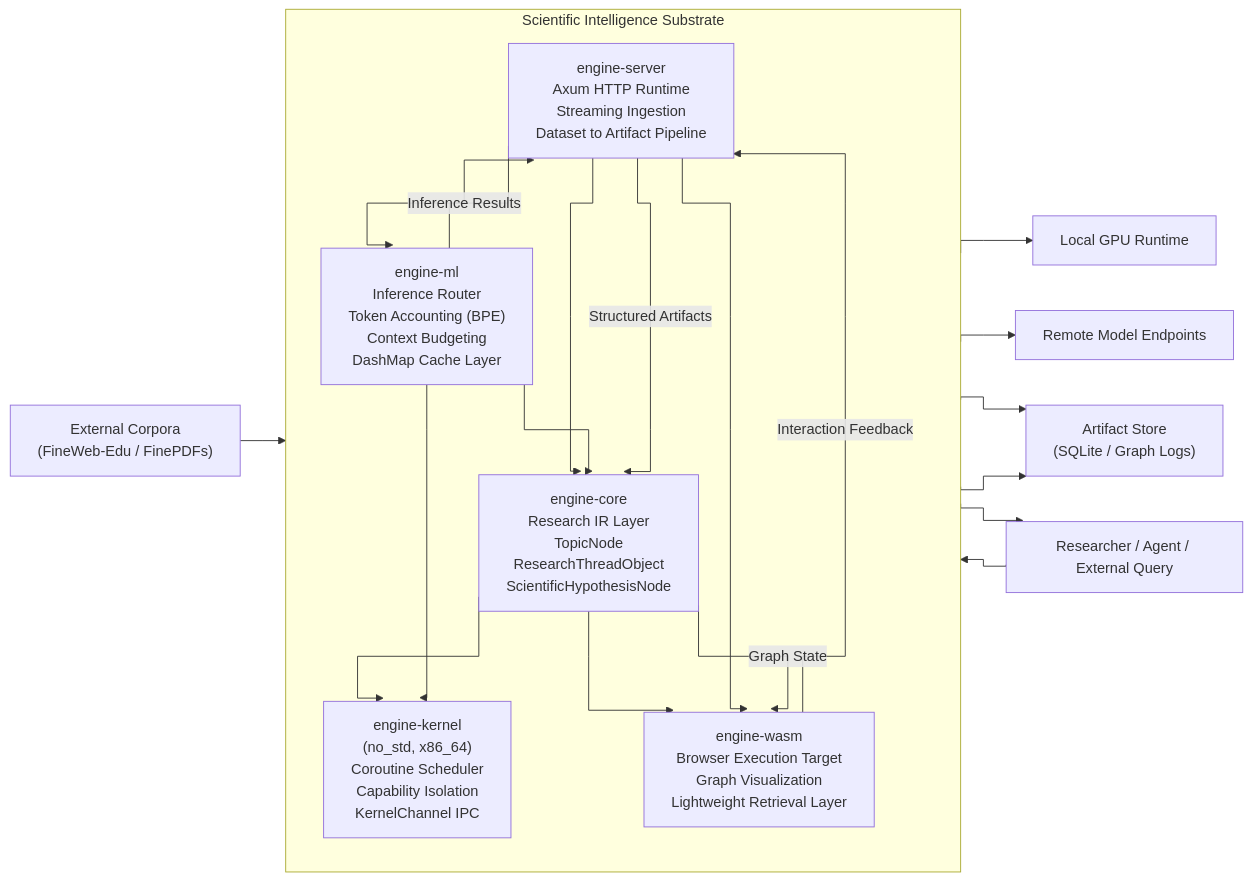
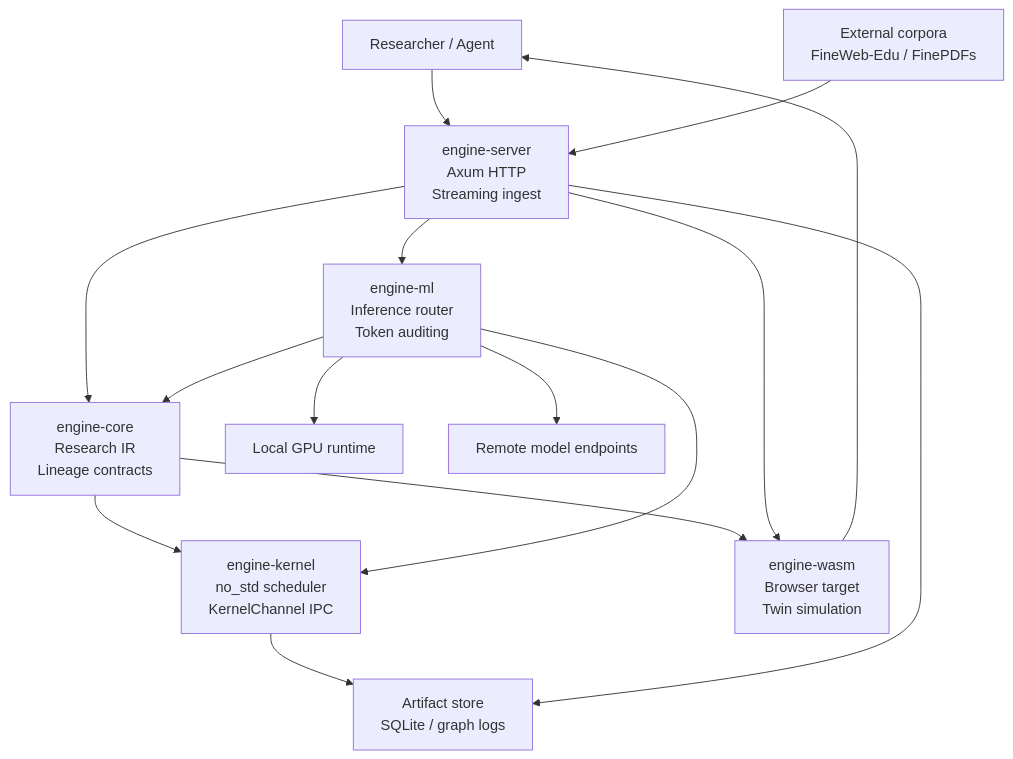
One commit to intelligentiaomni/grove changed the diagram in README.md. Above: the diagram before and after it, drawn with Mermaid. The commit also changed other lines of this file and 11 other files, not shown here.

First line of the commit message:
feat(core,optiserver,repo): implement append-only lineage tracking, python gateway schemas, and repo hygiene

````diff
--- a/README.md
+++ b/README.md
@@ -61,75 +61,28 @@
 ```mermaid
-flowchart LR
+flowchart TD
+    User["Researcher / Agent"]
+    Server["engine-server<br/>Axum HTTP<br/>Streaming ingest"]
+    Core["engine-core<br/>Research IR<br/>Lineage contracts"]
+    ML["engine-ml<br/>Inference router<br/>Token auditing"]
+    Kernel["engine-kernel<br/>no_std scheduler<br/>KernelChannel IPC"]
+    WASM["engine-wasm<br/>Browser target<br/>Twin simulation"]
+    Datasets["External corpora<br/>FineWeb-Edu / FinePDFs"]
+    Local["Local GPU runtime"]
+    Cloud["Remote model endpoints"]
+    Storage["Artifact store<br/>SQLite / graph logs"]
 
-%% =========================
-%% Core System Boundary
-%% =========================
-
-User[Researcher / Agent / External Query]
-
-subgraph Engine["Scientific Intelligence Substrate"]
-
-direction TB
-
-Kernel["engine-kernel\n(no_std, x86_64)\nCoroutine Scheduler\nCapability Isolation\nKernelChannel IPC"]
-
-Core["engine-core\nResearch IR Layer\nTopicNode\nResearchThreadObject\nScientificHypothesisNode"]
-
-ML["engine-ml\nInference Router\nToken Accounting (BPE)\nContext Budgeting\nDashMap Cache Layer"]
-
-Server["engine-server\nAxum HTTP Runtime\nStreaming Ingestion\nDataset to Artifact Pipeline"]
-
-WASM["engine-wasm\nBrowser Execution Target\nGraph Visualization\nLightweight Retrieval Layer"]
-
-end
-
-%% =========================
-%% External Systems
-%% =========================
-
-Cloud["Remote Model Endpoints"]
-Local["Local GPU Runtime"]
-Datasets["External Corpora\n(FineWeb-Edu / FinePDFs)"]
-Storage["Artifact Store\n(SQLite / Graph Logs)"]
-
-%% =========================
-%% Data / Control Flow
-%% =========================
-
-User --> Server
-
-Server --> Core
-Server --> ML
-
-ML --> Local
-ML --> Cloud
-ML --> Core
-
-Datasets --> Server
-
-Core --> Kernel
-ML --> Kernel
-
-Kernel --> Storage
-Server --> Storage
-
-Core --> WASM
-Server --> WASM
-
-WASM --> User
-
-%% =========================
-%% Feedback Loops
-%% =========================
-
-ML -->|Inference Results| Server
-Server -->|Structured Artifacts| Core
-Core -->|Graph State| WASM
-WASM -->|Interaction Feedback| Server
-
-%% =========================
-%% Orthogonal Edge Routing
-%% =========================
-
-linkStyle default interpolate stepBefore
+    User --> Server
+    Datasets --> Server
+    Server --> Core
+    Server --> ML
+    ML --> Local
+    ML --> Cloud
+    ML --> Core
+    Core --> Kernel
+    ML --> Kernel
+    Kernel --> Storage
+    Server --> Storage
+    Core --> WASM
+    Server --> WASM
+    WASM --> User
 ```
````
